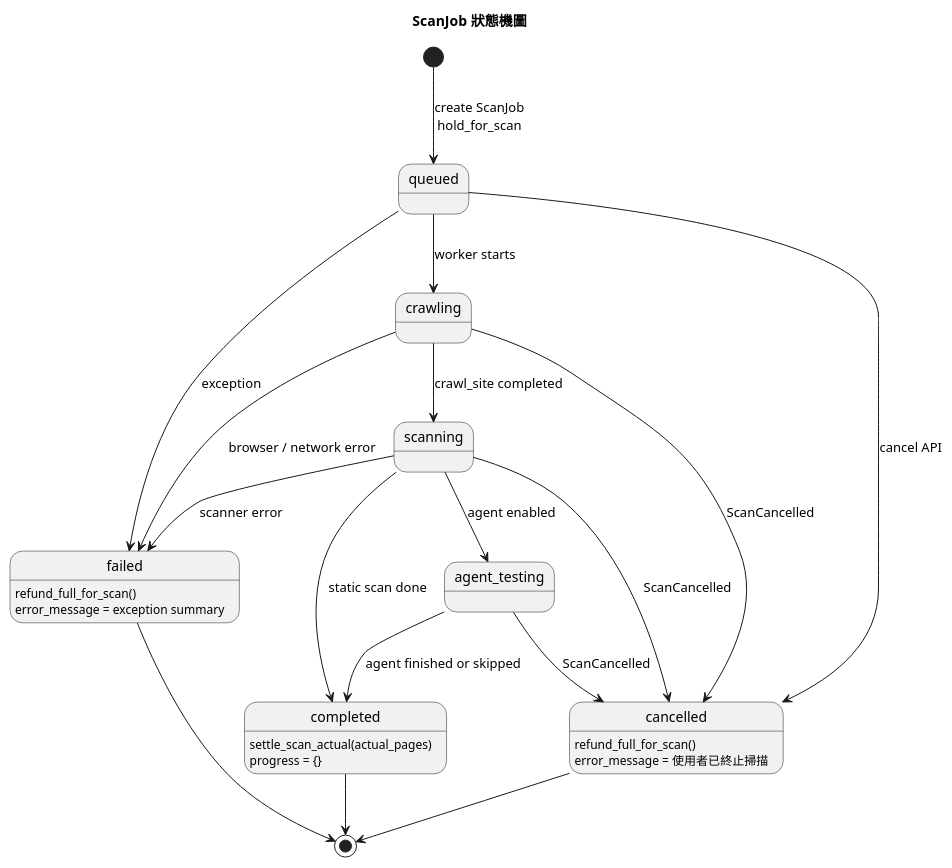
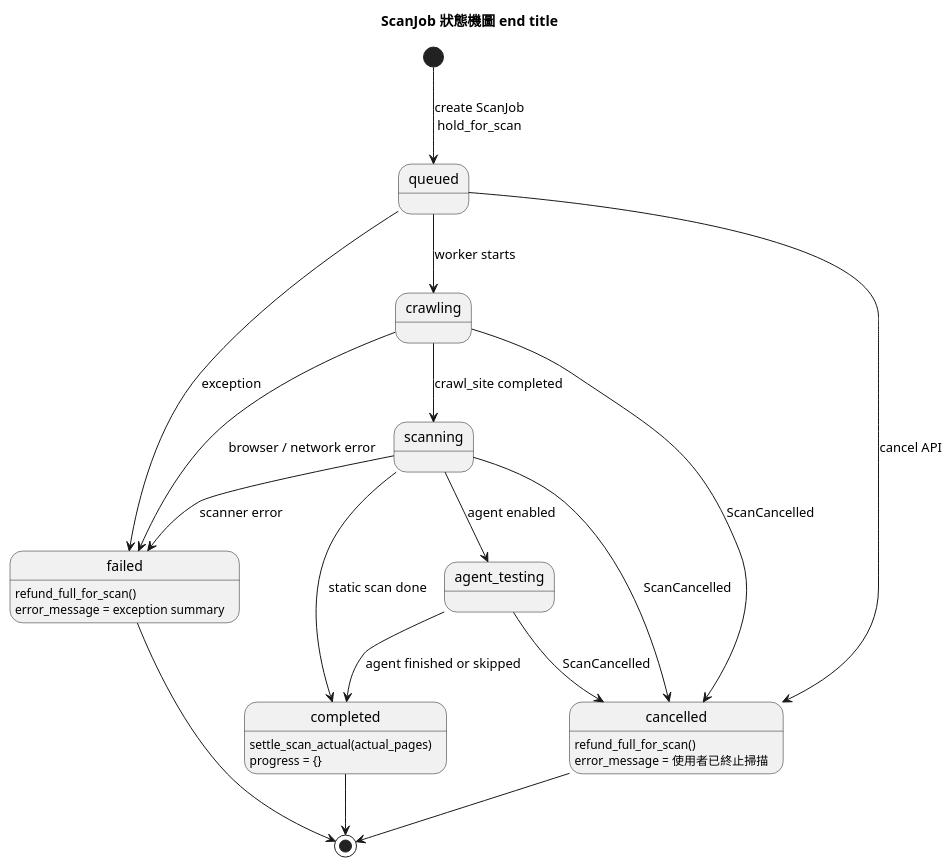
Diagram 12 of 13 in PlantUML.md (Djude1/Argus), drawn with PlantUML before and after one commit. The commit also changed other lines of this file, not shown here.

````diff
--- a/PlantUML.md
+++ b/PlantUML.md
@@ -802,34 +802,34 @@
 ```plantuml
 @startuml
-title ScanJob 狀態機圖
+title ScanJob 狀態機圖 end title
 skinparam defaultFontName Microsoft JhengHei
 skinparam shadowing false
 
 [*] --> queued : create ScanJob\nhold_for_scan
 queued --> crawling : worker starts
 crawling --> scanning : crawl_site completed
 scanning --> agent_testing : agent enabled
 scanning --> completed : static scan done
 agent_testing --> completed : agent finished or skipped
 
 queued --> cancelled : cancel API
 crawling --> cancelled : ScanCancelled
 scanning --> cancelled : ScanCancelled
 agent_testing --> cancelled : ScanCancelled
 
 queued --> failed : exception
 crawling --> failed : browser / network error
 scanning --> failed : scanner error
 
 completed : settle_scan_actual(actual_pages)
 completed : progress = {}
 cancelled : refund_full_for_scan()
 cancelled : error_message = 使用者已終止掃描
 failed : refund_full_for_scan()
 failed : error_message = exception summary
 
 completed --> [*]
 cancelled --> [*]
 failed --> [*]
 @enduml
 ```
````
